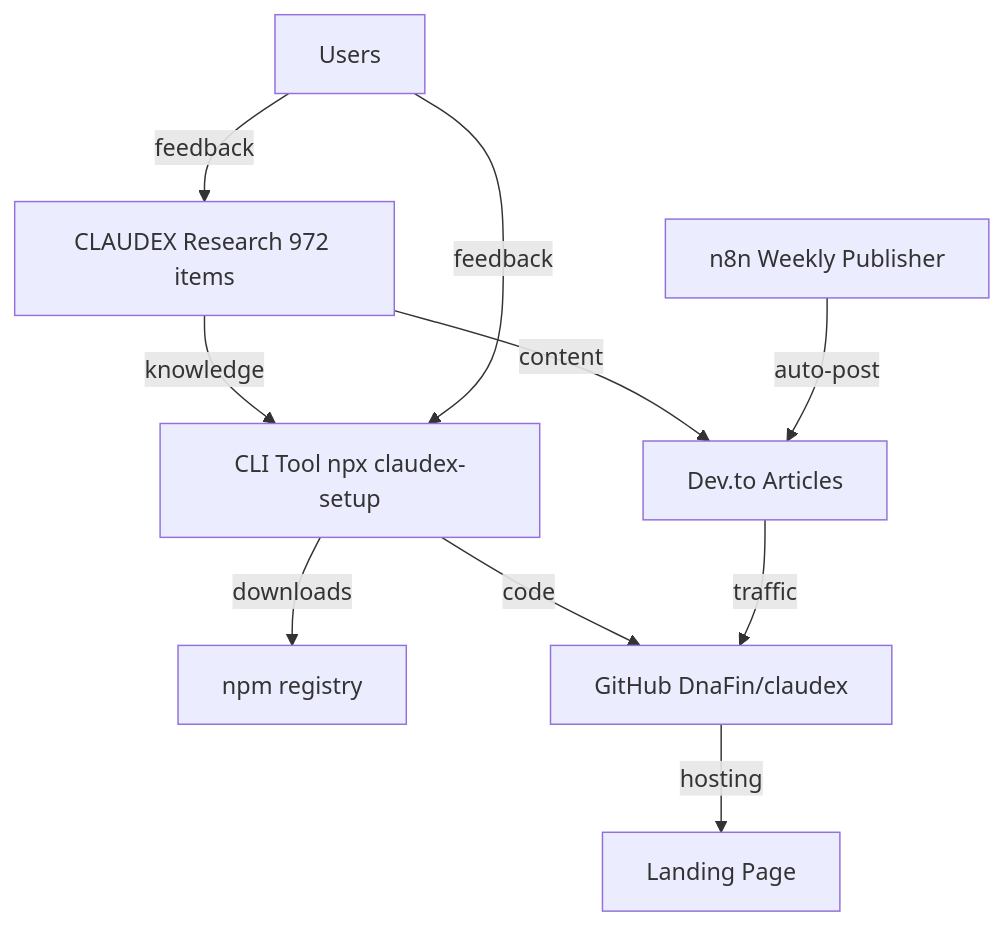
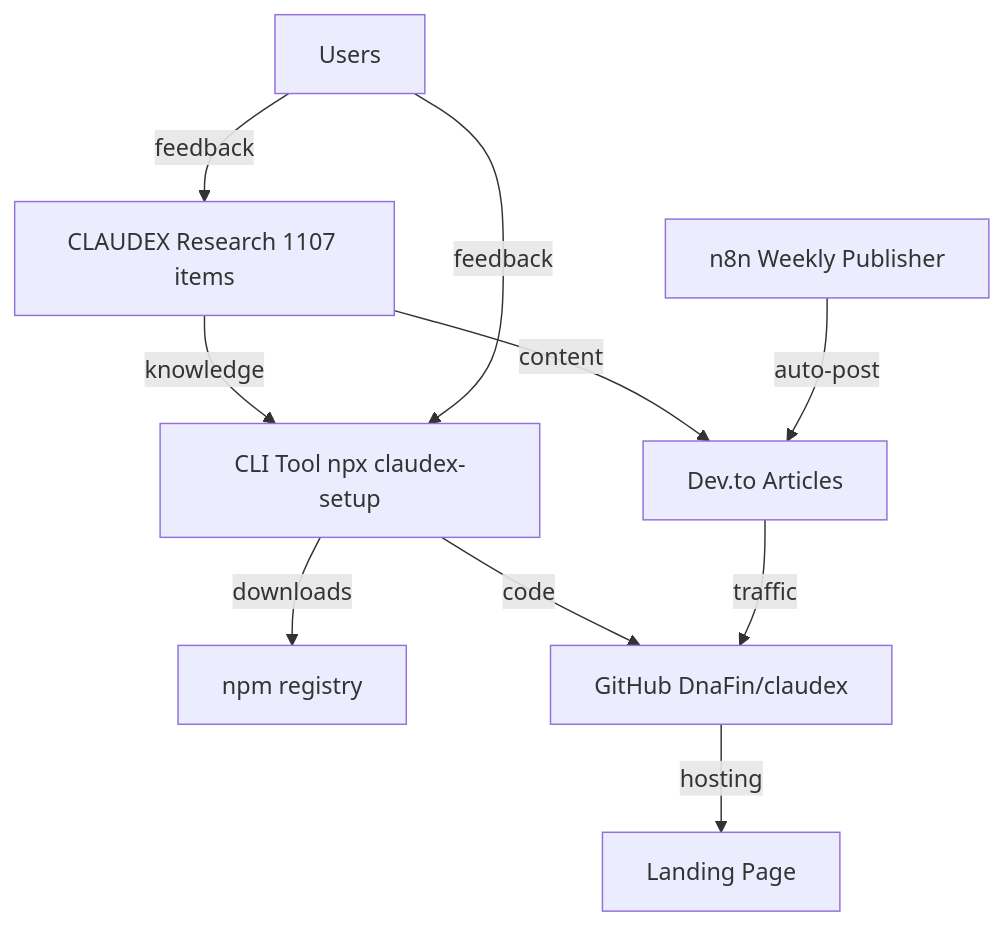
Before and after one commit to DnaFin/claudex-setup: the diagram in CLAUDE.md, drawn with Mermaid. The commit also changed 9 other files, not shown here.

````diff
--- a/CLAUDE.md
+++ b/CLAUDE.md
@@ -27,12 +27,12 @@
 ```mermaid
 graph TD
-    CLAUDEX[CLAUDEX Research 972 items] -->|knowledge| CLI[CLI Tool npx claudex-setup]
+    CLAUDEX[CLAUDEX Research 1107 items] -->|knowledge| CLI[CLI Tool npx claudex-setup]
     CLI -->|downloads| NPM[npm registry]
     CLI -->|code| GH[GitHub DnaFin/claudex]
     GH -->|hosting| LP[Landing Page]
     CLAUDEX -->|content| DT[Dev.to Articles]
     DT -->|traffic| GH
     N8N[n8n Weekly Publisher] -->|auto-post| DT
     Users -->|feedback| CLI
     Users -->|feedback| CLAUDEX
 ```
````
